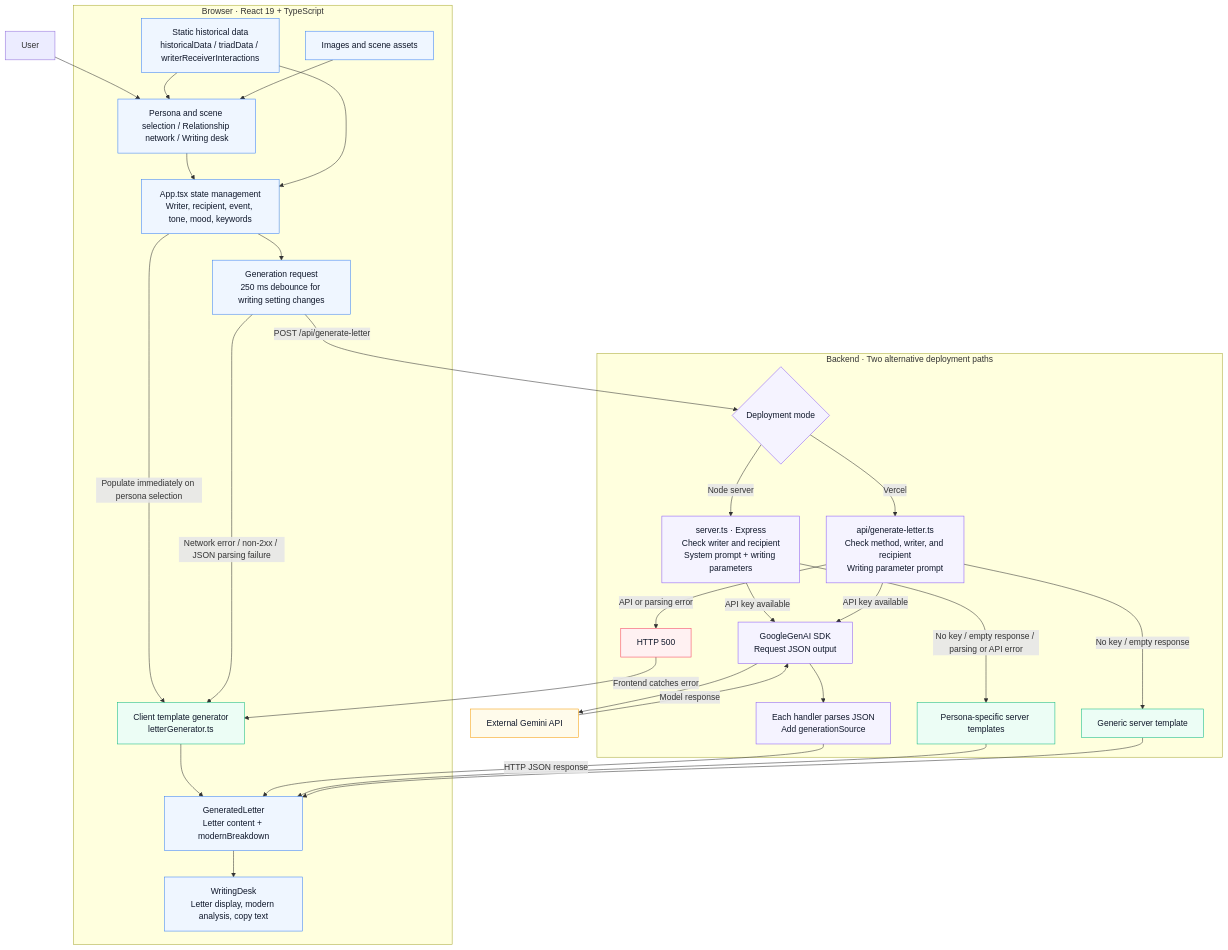
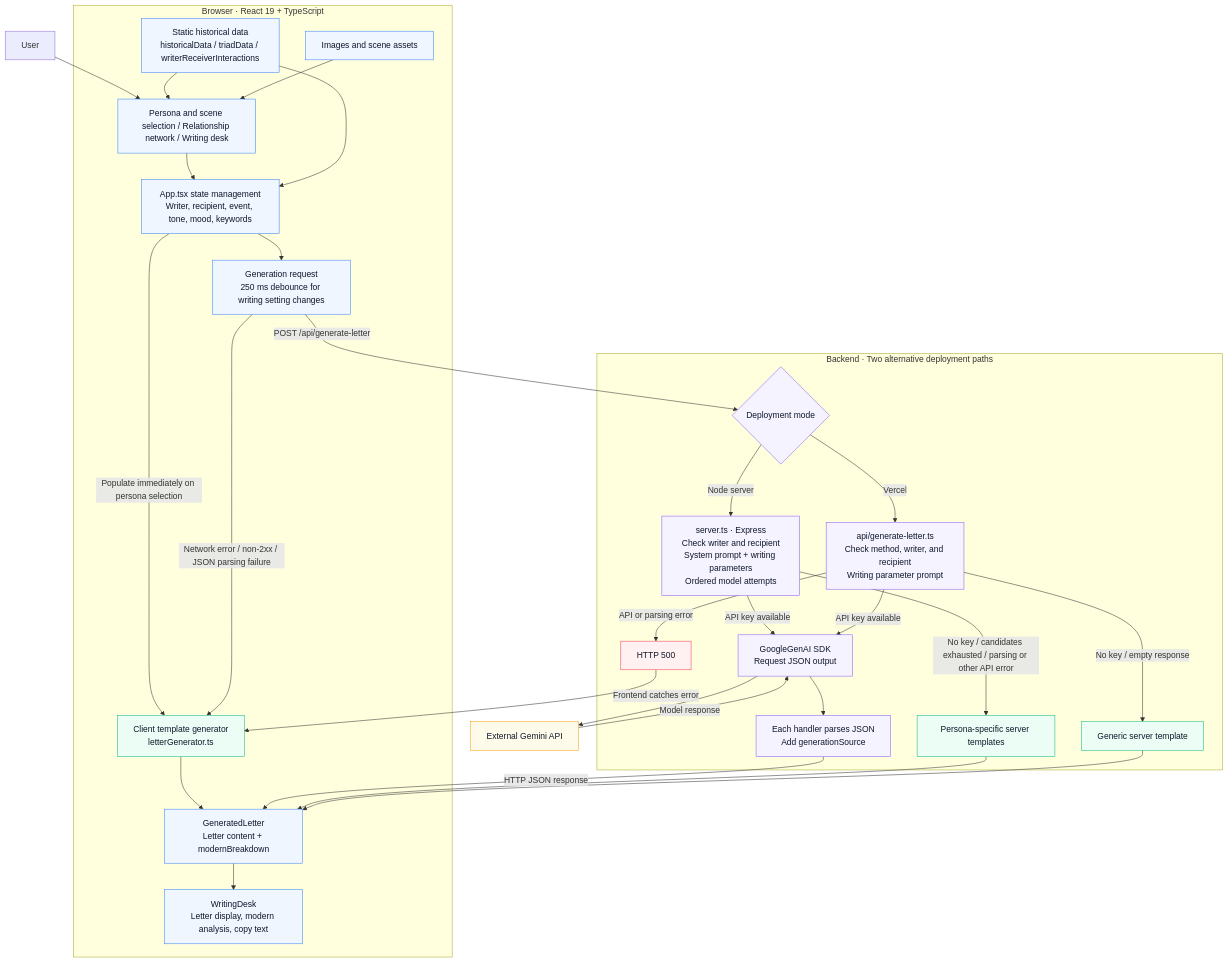
The first of 2 diagrams in SYSTEM_DIAGRAM.md (Wyworange/letter-writer-2), drawn with Mermaid before and after one commit. The commit also changed other lines of this file and 2 other files, not shown here.

Commit message:
docs: align architecture with latest model fallback behavior

````diff
--- a/SYSTEM_DIAGRAM.md
+++ b/SYSTEM_DIAGRAM.md
@@ -11,47 +11,47 @@
 ```mermaid
 flowchart TD
     User[User] --> UI[Persona and scene selection / Relationship network / Writing desk]
 
     subgraph Browser[Browser · React 19 + TypeScript]
         UI --> State[App.tsx state management<br/>Writer, recipient, event, tone, mood, keywords]
         Data[Static historical data<br/>historicalData / triadData / writerReceiverInteractions] --> UI
         Data --> State
         Assets[Images and scene assets] --> UI
         State --> Request[Generation request<br/>250 ms debounce for writing setting changes]
         Local[Client template generator<br/>letterGenerator.ts] --> Letter[GeneratedLetter<br/>Letter content + modernBreakdown]
         State -->|Populate immediately on persona selection| Local
         Request -->|Network error / non-2xx / JSON parsing failure| Local
         Letter --> Desk[WritingDesk<br/>Letter display, modern analysis, copy text]
     end
 
     Request -->|POST /api/generate-letter| Route{Deployment mode}
 
     subgraph Backend[Backend · Two alternative deployment paths]
-        Route -->|Node server| Express[server.ts · Express<br/>Check writer and recipient<br/>System prompt + writing parameters]
+        Route -->|Node server| Express[server.ts · Express<br/>Check writer and recipient<br/>System prompt + writing parameters<br/>Ordered model attempts]
         Route -->|Vercel| Function[api/generate-letter.ts<br/>Check method, writer, and recipient<br/>Writing parameter prompt]
         Express -->|API key available| SDK[GoogleGenAI SDK<br/>Request JSON output]
         Function -->|API key available| SDK
-        Express -->|No key / empty response / parsing or API error| ServerTemplate[Persona-specific server templates]
+        Express -->|No key / candidates exhausted / parsing or other API error| ServerTemplate[Persona-specific server templates]
         Function -->|No key / empty response| GenericTemplate[Generic server template]
         Function -->|API or parsing error| Error[HTTP 500]
         SDK --> Parse[Each handler parses JSON<br/>Add generationSource]
     end
 
     SDK --> Gemini[External Gemini API]
     Gemini -->|Model response| SDK
     Parse -->|HTTP JSON response| Letter
     ServerTemplate --> Letter
     GenericTemplate --> Letter
     Error -->|Frontend catches error| Local
 
     classDef browser fill:#eff6ff,stroke:#3b82f6,color:#0f172a
     classDef backend fill:#f5f3ff,stroke:#8b5cf6,color:#0f172a
     classDef fallback fill:#ecfdf5,stroke:#10b981,color:#0f172a
     classDef external fill:#fffbeb,stroke:#f59e0b,color:#0f172a
     classDef failure fill:#fff1f2,stroke:#f43f5e,color:#0f172a
     class UI,State,Data,Assets,Request,Letter,Desk browser
     class Express,Function,SDK,Parse,Route backend
     class Local,ServerTemplate,GenericTemplate fallback
     class Gemini external
     class Error failure
 ```
````
